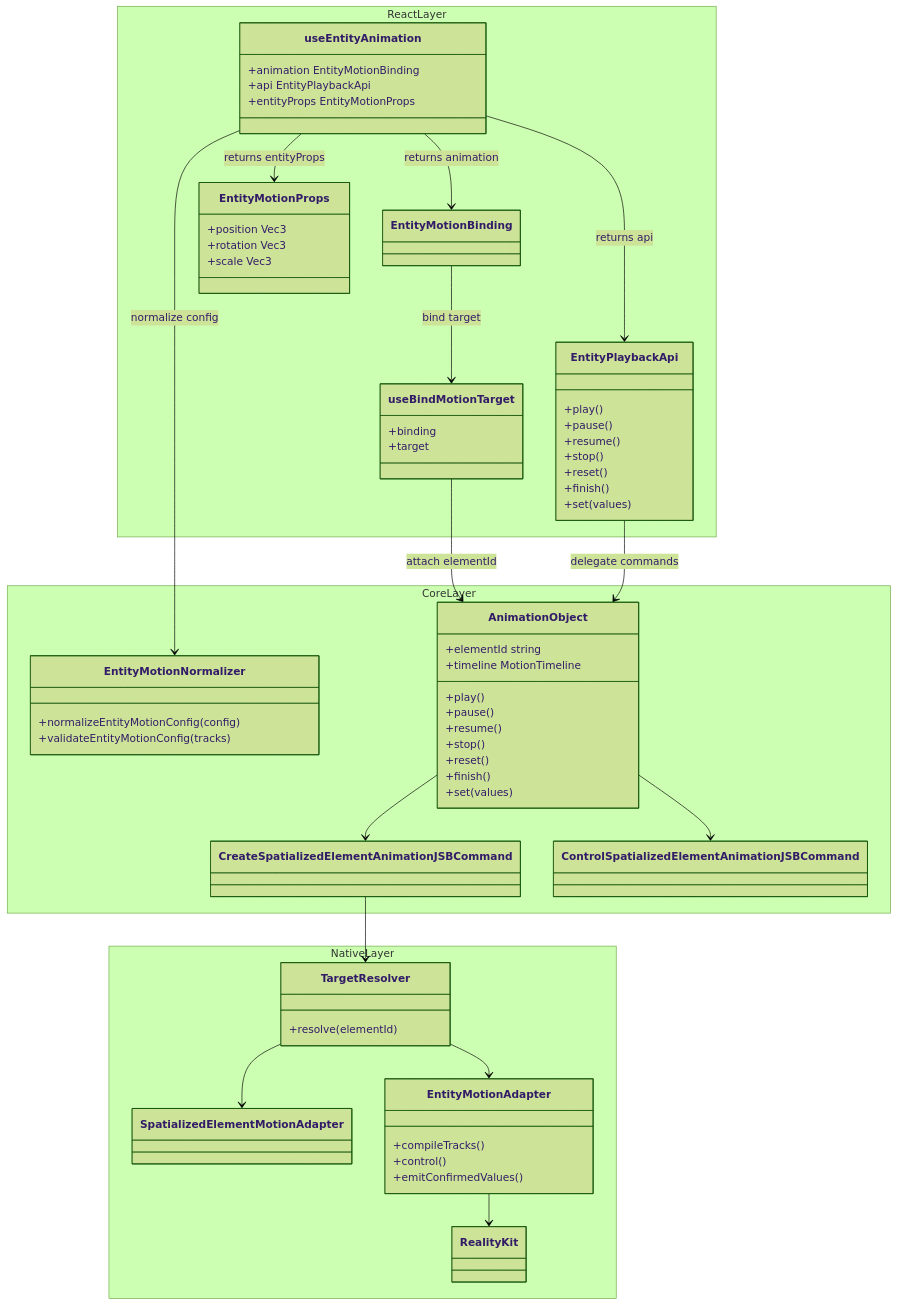
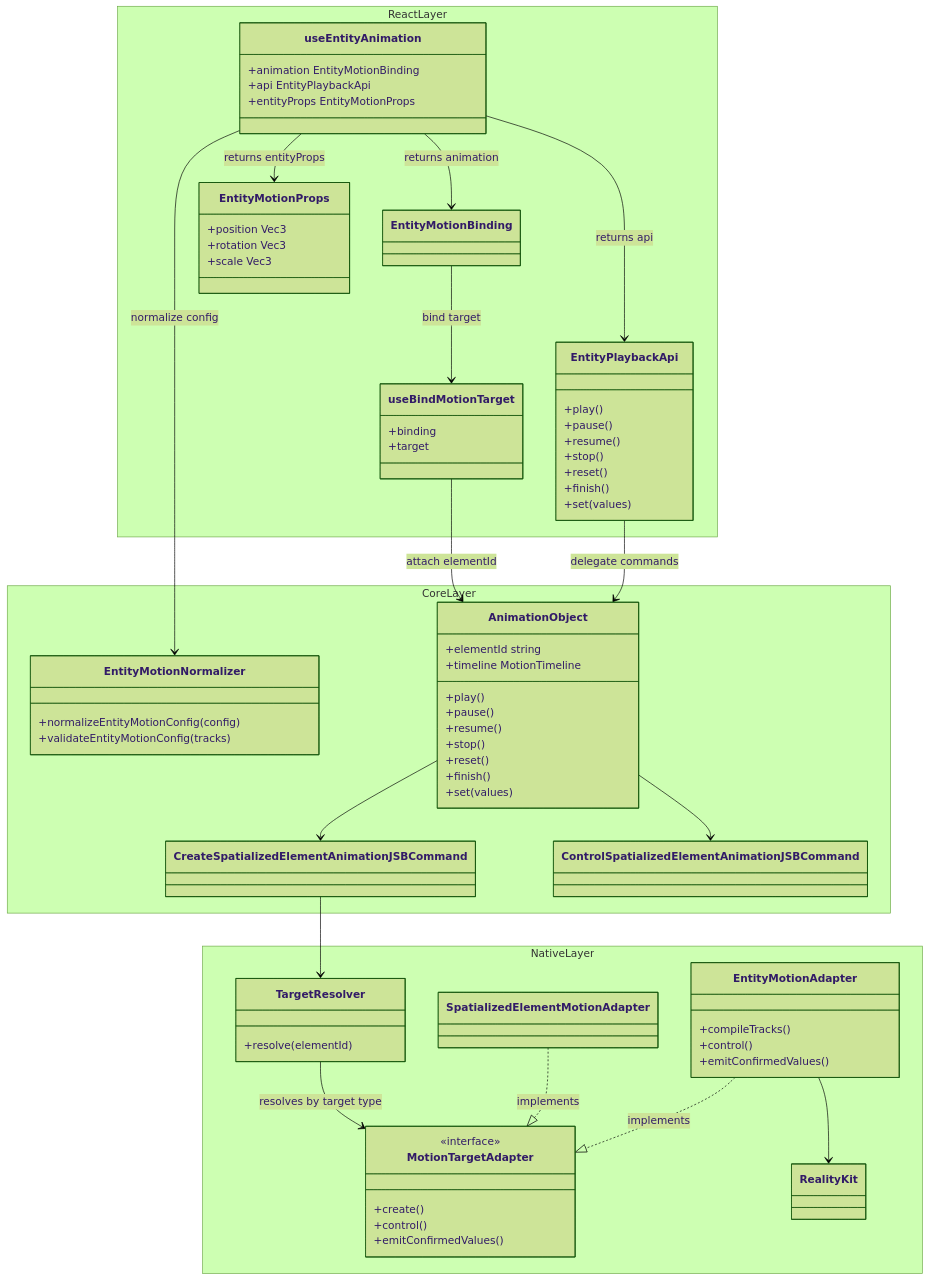
Before and after one commit to webspatial/webspatial-sdk: the sixth of 6 diagrams in openspec/changes/redesign-entity-motion-api/design.md, drawn with Mermaid (forest theme). The commit also changed other lines of this file and 6 other files, not shown here.

First line of the commit message:
docs: resolve L-1/L-3/L-4 design-review findings for entity motion

````diff
--- a/openspec/changes/redesign-entity-motion-api/design.md
+++ b/openspec/changes/redesign-entity-motion-api/design.md
@@ -543,73 +544,80 @@
 ```mermaid
 classDiagram
     namespace ReactLayer {
         class useEntityAnimation {
             +animation EntityMotionBinding
             +api EntityPlaybackApi
             +entityProps EntityMotionProps
         }
         class EntityPlaybackApi {
             +play()
             +pause()
             +resume()
             +stop()
             +reset()
             +finish()
             +set(values)
         }
         class EntityMotionBinding
         class EntityMotionProps {
             +position Vec3
             +rotation Vec3
             +scale Vec3
         }
         class useBindMotionTarget {
             +binding
             +target
         }
     }
     namespace CoreLayer {
         class EntityMotionNormalizer {
             +normalizeEntityMotionConfig(config)
             +validateEntityMotionConfig(tracks)
         }
         class AnimationObject {
             +elementId string
             +timeline MotionTimeline
             +play()
             +pause()
             +resume()
             +stop()
             +reset()
             +finish()
             +set(values)
         }
         class CreateSpatializedElementAnimationJSBCommand
         class ControlSpatializedElementAnimationJSBCommand
     }
     namespace NativeLayer {
         class TargetResolver {
             +resolve(elementId)
         }
+        class MotionTargetAdapter {
+            <<interface>>
+            +create()
+            +control()
+            +emitConfirmedValues()
+        }
         class SpatializedElementMotionAdapter
         class EntityMotionAdapter {
             +compileTracks()
             +control()
             +emitConfirmedValues()
         }
         class RealityKit
     }
     useEntityAnimation --> EntityMotionBinding : returns animation
     useEntityAnimation --> EntityPlaybackApi : returns api
     useEntityAnimation --> EntityMotionProps : returns entityProps
     useEntityAnimation --> EntityMotionNormalizer : normalize config
     EntityMotionBinding --> useBindMotionTarget : bind target
     useBindMotionTarget --> AnimationObject : attach elementId
     EntityPlaybackApi --> AnimationObject : delegate commands
     AnimationObject --> CreateSpatializedElementAnimationJSBCommand
     AnimationObject --> ControlSpatializedElementAnimationJSBCommand
     CreateSpatializedElementAnimationJSBCommand --> TargetResolver
-    TargetResolver --> SpatializedElementMotionAdapter
-    TargetResolver --> EntityMotionAdapter
+    TargetResolver --> MotionTargetAdapter : resolves by target type
+    SpatializedElementMotionAdapter ..|> MotionTargetAdapter : implements
+    EntityMotionAdapter ..|> MotionTargetAdapter : implements
     EntityMotionAdapter --> RealityKit
 ```
````
